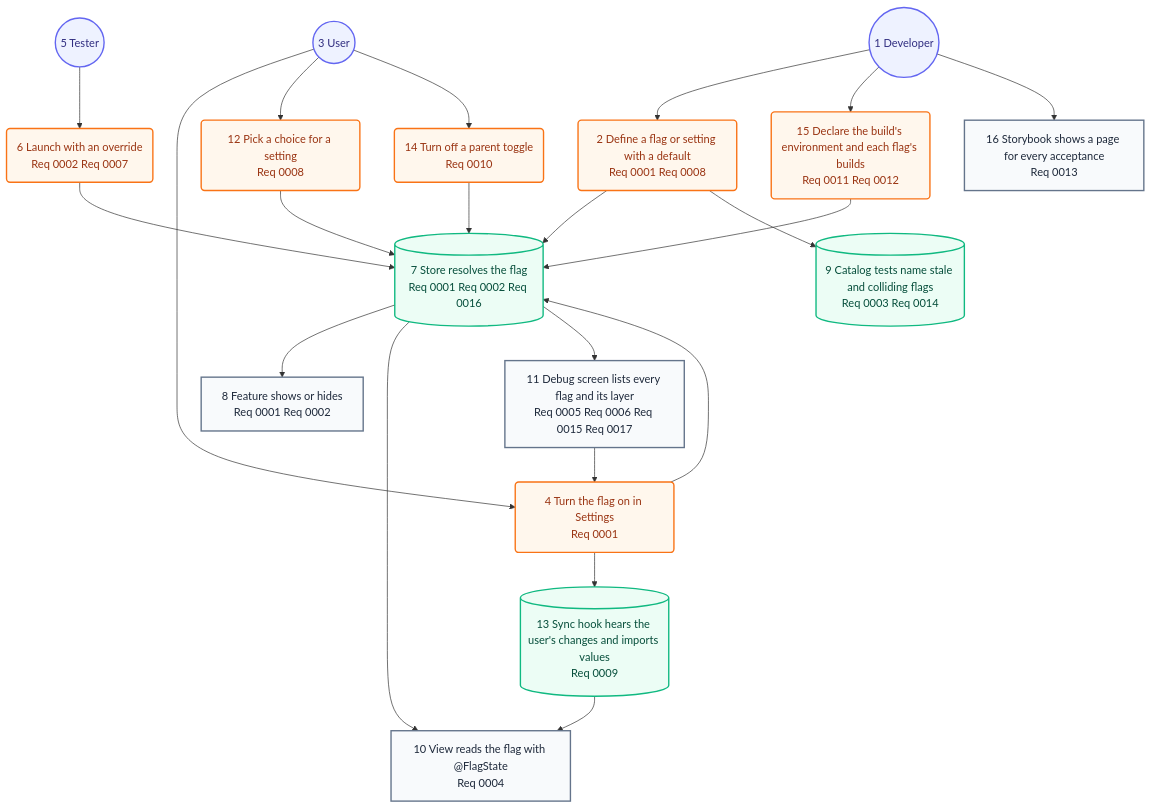
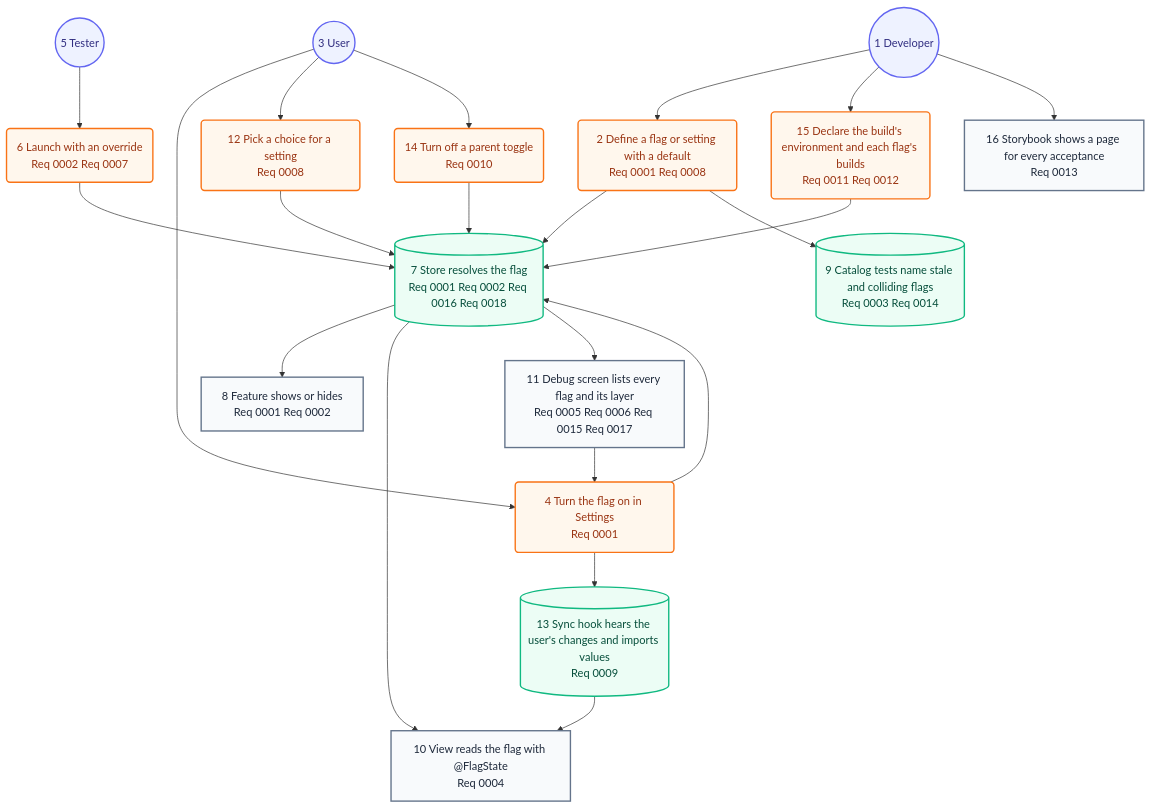
The second of 2 diagrams in docs/architecture/05-user-journey.md (may-journal/feature-flag-kit), drawn with Mermaid before and after one commit. The commit also changed 10 other files, not shown here.

````diff
--- a/docs/architecture/05-user-journey.md
+++ b/docs/architecture/05-user-journey.md
@@ -31,45 +31,45 @@
 ```mermaid
 flowchart TB
     developer((1 Developer)):::persona
     define(2 Define a flag or setting with a default<br/>Req 0001 Req 0008):::action
     user((3 User)):::persona
     toggle(4 Turn the flag on in Settings<br/>Req 0001):::action
     tester((5 Tester)):::persona
     launch(6 Launch with an override<br/>Req 0002 Req 0007):::action
-    resolve[(7 Store resolves the flag<br/>Req 0001 Req 0002 Req 0016)]:::system
+    resolve[(7 Store resolves the flag<br/>Req 0001 Req 0002 Req 0016 Req 0018)]:::system
     feature[8 Feature shows or hides<br/>Req 0001 Req 0002]:::screen
     expiry[(9 Catalog tests name stale and colliding flags<br/>Req 0003 Req 0014)]:::system
     view[10 View reads the flag with @FlagState<br/>Req 0004]:::screen
     debug[11 Debug screen lists every flag and its layer<br/>Req 0005 Req 0006 Req 0015 Req 0017]:::screen
     choose(12 Pick a choice for a setting<br/>Req 0008):::action
     sync[(13 Sync hook hears the user's changes and imports values<br/>Req 0009)]:::system
     group(14 Turn off a parent toggle<br/>Req 0010):::action
     environment(15 Declare the build's environment and each flag's builds<br/>Req 0011 Req 0012):::action
     storybook[16 Storybook shows a page for every acceptance<br/>Req 0013]:::screen
 
     developer --> define
     user --> toggle
     tester --> launch
     define --> resolve
     toggle --> resolve
     launch --> resolve
     resolve --> feature
     define --> expiry
     resolve --> view
     resolve --> debug
     debug --> toggle
     user --> choose
     choose --> resolve
     toggle --> sync
     sync --> view
     user --> group
     group --> resolve
     developer --> environment
     environment --> resolve
     developer --> storybook
 
     classDef persona fill:#eef2ff,stroke:#6366f1,color:#312e81,stroke-width:2px
     classDef screen fill:#f8fafc,stroke:#64748b,color:#1e293b,stroke-width:2px
     classDef action fill:#fff7ed,stroke:#f97316,color:#9a3412,stroke-width:2px
     classDef system fill:#ecfdf5,stroke:#10b981,color:#064e3b,stroke-width:2px
 ```
````
